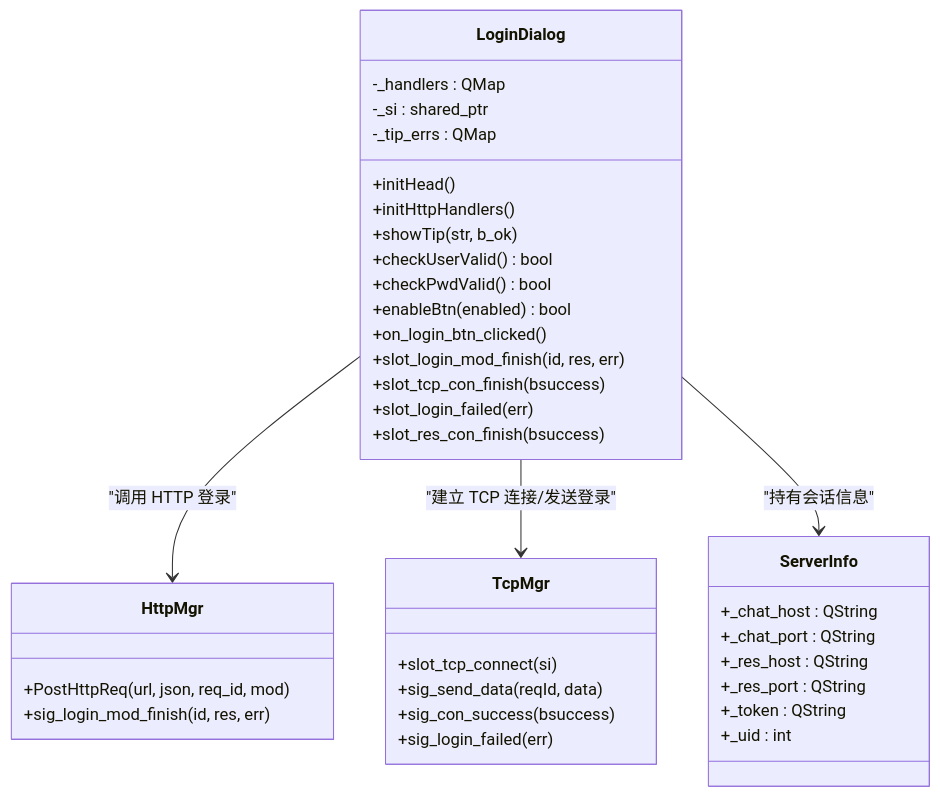
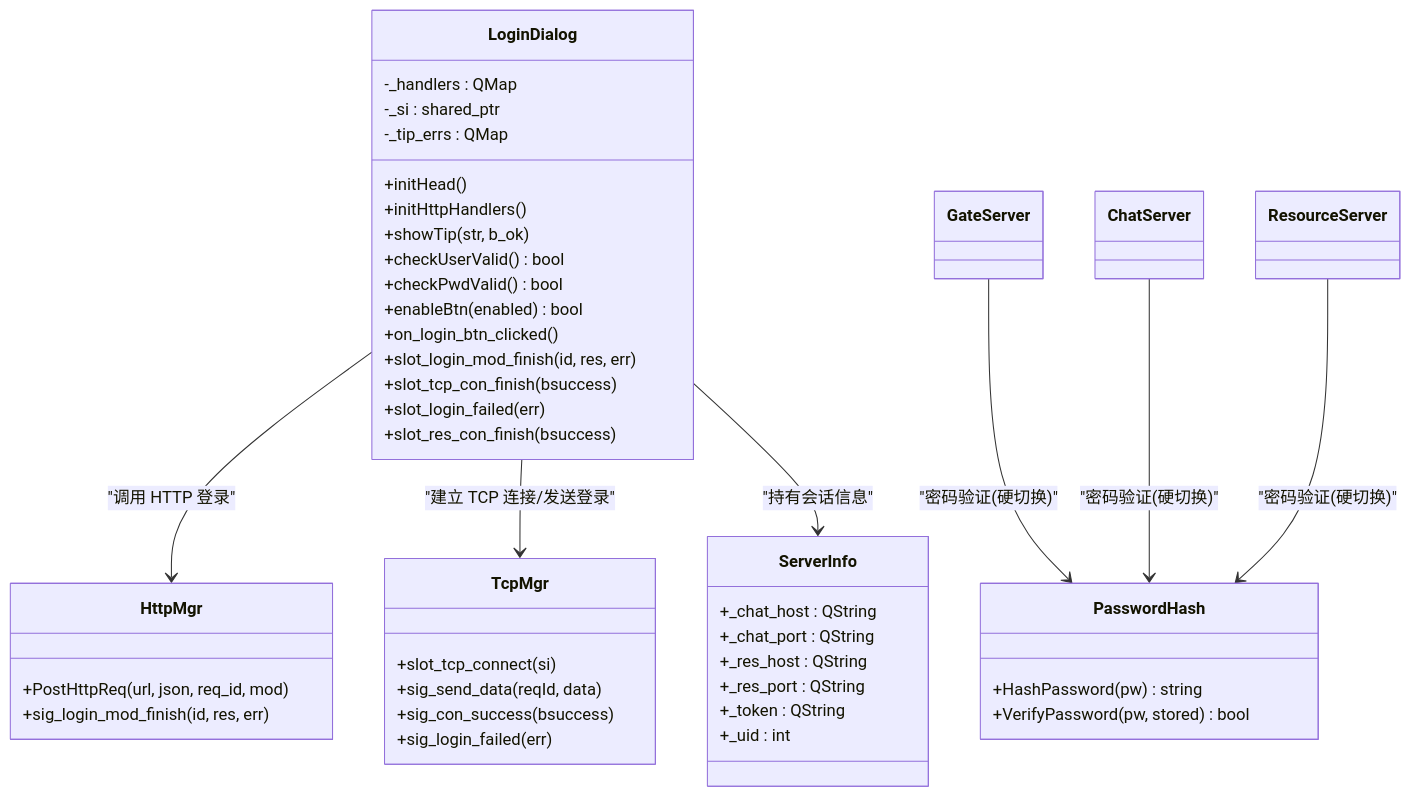
Before and after one commit to echo9923/mychatter: the third of 7 diagrams in .qoder/repowiki/zh/content/核心功能模块/用户认证系统/用户登录功能.md, drawn with Mermaid. The commit also changed other lines of this file and 58 other files, not shown here.

````diff
--- a/.qoder/repowiki/zh/content/核心功能模块/用户认证系统/用户登录功能.md
+++ b/.qoder/repowiki/zh/content/核心功能模块/用户认证系统/用户登录功能.md
@@ -155,40 +190,47 @@
 ```mermaid
 classDiagram
 class LoginDialog {
 +initHead()
 +initHttpHandlers()
 +showTip(str, b_ok)
 +checkUserValid() bool
 +checkPwdValid() bool
 +enableBtn(enabled) bool
 +on_login_btn_clicked()
 +slot_login_mod_finish(id, res, err)
 +slot_tcp_con_finish(bsuccess)
 +slot_login_failed(err)
 +slot_res_con_finish(bsuccess)
 -_handlers : QMap<ReqId, function>
 -_si : shared_ptr<ServerInfo>
 -_tip_errs : QMap<TipErr, QString>
 }
 class HttpMgr {
 +PostHttpReq(url, json, req_id, mod)
 +sig_login_mod_finish(id, res, err)
 }
 class TcpMgr {
 +slot_tcp_connect(si)
 +sig_send_data(reqId, data)
 +sig_con_success(bsuccess)
 +sig_login_failed(err)
 }
+class PasswordHash {
++HashPassword(pw) string
++VerifyPassword(pw, stored) bool
+}
 class ServerInfo {
 +_chat_host : QString
 +_chat_port : QString
 +_res_host : QString
 +_res_port : QString
 +_token : QString
 +_uid : int
 }
 LoginDialog --> HttpMgr : "调用 HTTP 登录"
 LoginDialog --> TcpMgr : "建立 TCP 连接/发送登录"
 LoginDialog --> ServerInfo : "持有会话信息"
+GateServer --> PasswordHash : "密码验证(硬切换)"
+ChatServer --> PasswordHash : "密码验证(硬切换)"
+ResourceServer --> PasswordHash : "密码验证(硬切换)"
 ```
````
